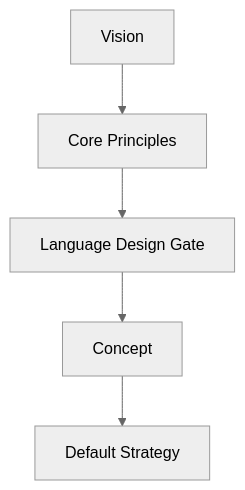
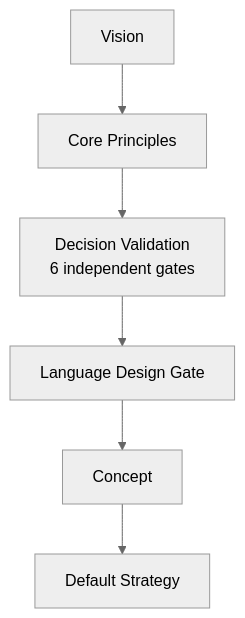
One commit to orthon-lang/docs changed the diagram in how/PHILOSOPHY.md. Above: the diagram before and after it, drawn with Mermaid (neutral theme). The commit also changed other lines of this file and 3 other files, not shown here.

Commit message:
Add Decision Validation framework and update related documentation

````diff
--- a/how/PHILOSOPHY.md
+++ b/how/PHILOSOPHY.md
@@ -8,7 +8,8 @@
 ```mermaid
 flowchart TD
     V[Vision] --> P[Core Principles]
-    P --> G[Language Design Gate]
+    P --> DV[Decision Validation\n6 independent gates]
+    DV --> G[Language Design Gate]
     G --> C[Concept]
     C --> S[Default Strategy]
 ```
````
